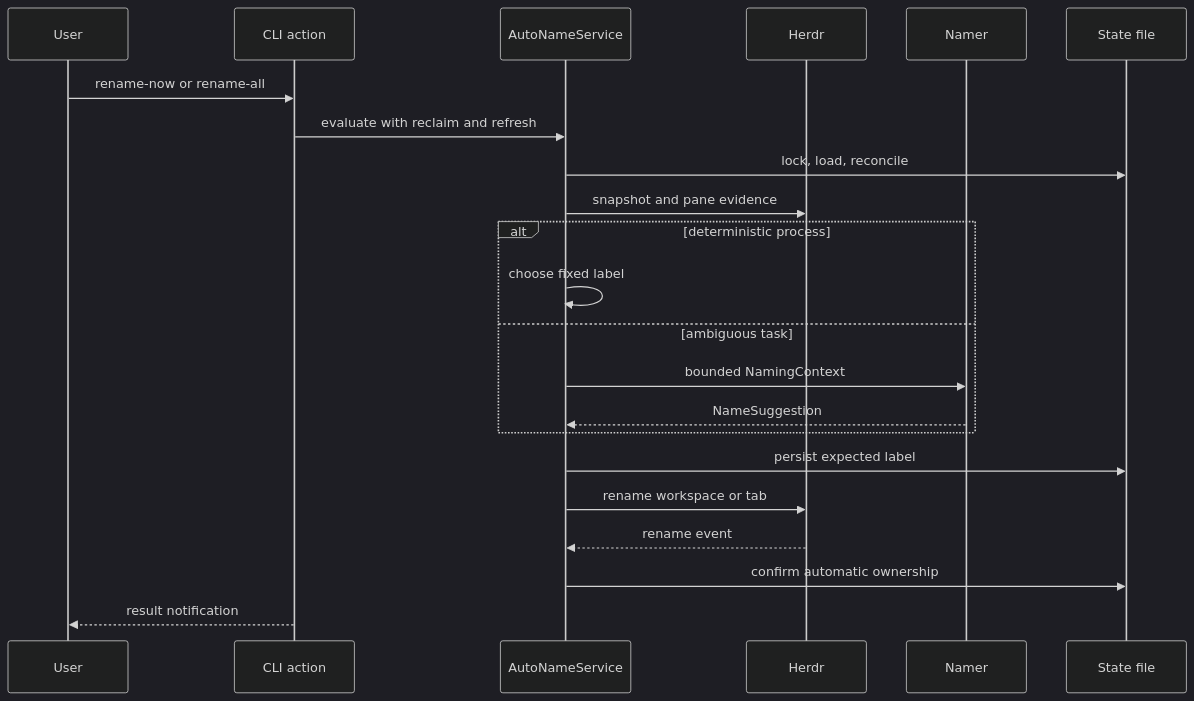
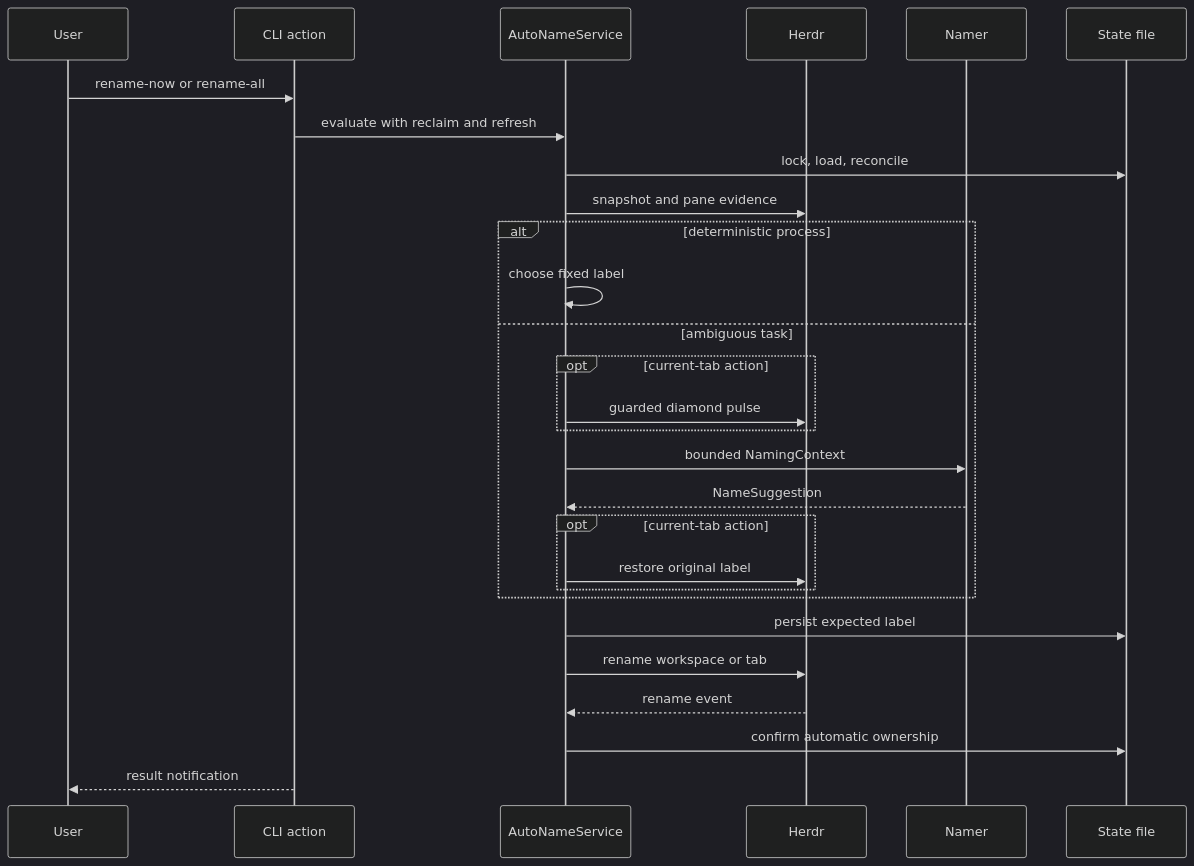
One commit to iurysza/herdr-tab-smart-rename changed the second of 2 diagrams in ai-artifacts/SEMANTIC_MAP.md. Above: the diagram before and after it, drawn with Mermaid (dark theme). The commit also changed other lines of this file and 1 other file, not shown here.

Commit message:
docs: record rename progress architecture

````diff
--- a/ai-artifacts/SEMANTIC_MAP.md
+++ b/ai-artifacts/SEMANTIC_MAP.md
@@ -63,25 +65,31 @@
 ```mermaid
 sequenceDiagram
     participant U as User
     participant C as CLI action
     participant S as AutoNameService
     participant H as Herdr
     participant N as Namer
     participant F as State file
 
     U->>C: rename-now or rename-all
     C->>S: evaluate with reclaim and refresh
     S->>F: lock, load, reconcile
     S->>H: snapshot and pane evidence
     alt deterministic process
         S->>S: choose fixed label
     else ambiguous task
+        opt current-tab action
+            S->>H: guarded diamond pulse
+        end
         S->>N: bounded NamingContext
         N-->>S: NameSuggestion
+        opt current-tab action
+            S->>H: restore original label
+        end
     end
     S->>F: persist expected label
     S->>H: rename workspace or tab
     H-->>S: rename event
     S->>F: confirm automatic ownership
     C-->>U: result notification
 ```
````
